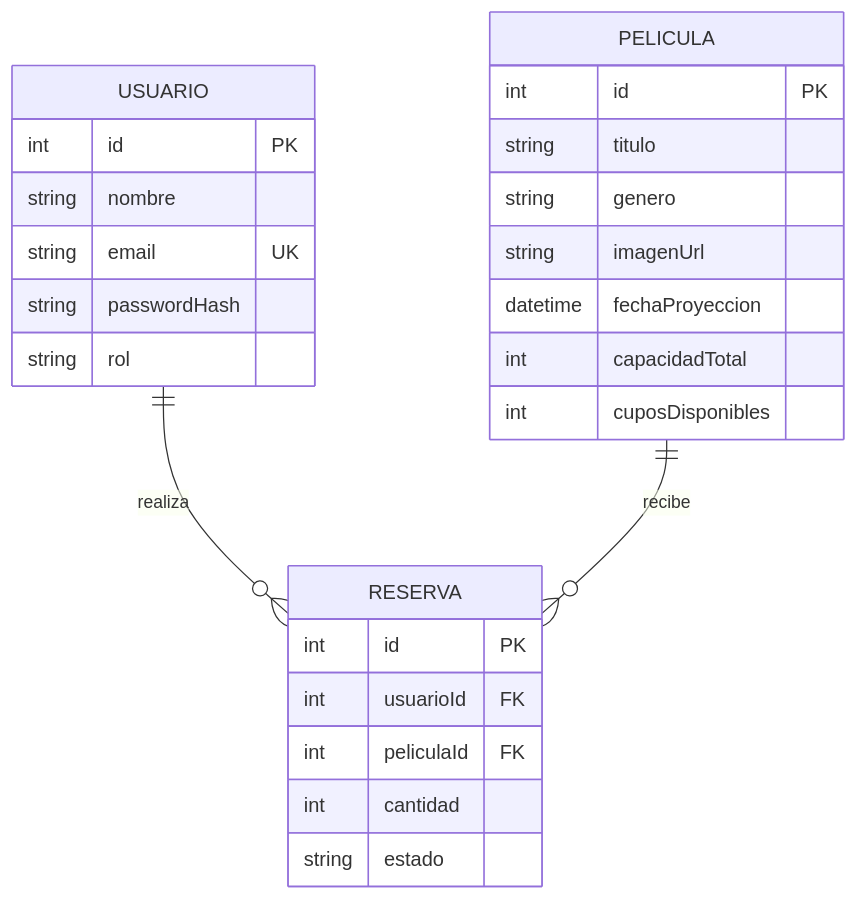
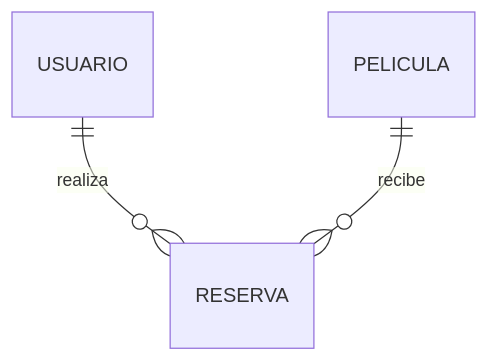
Before and after one commit to ZAVALETAFORT/TP2-2026-TP-Integrador: the first of 2 diagrams in README.md, drawn with Mermaid. The commit also changed other lines of this file, not shown here.

````diff
--- a/README.md
+++ b/README.md
@@ -42,29 +37,5 @@
 ```mermaid
 erDiagram
     USUARIO ||--o{ RESERVA : realiza
     PELICULA ||--o{ RESERVA : recibe
-
-    USUARIO {
-        int id PK
-        string nombre
-        string email UK
-        string passwordHash
-        string rol
-    }
-    PELICULA {
-        int id PK
-        string titulo
-        string genero
-        string imagenUrl
-        datetime fechaProyeccion
-        int capacidadTotal
-        int cuposDisponibles
-    }
-    RESERVA {
-        int id PK
-        int usuarioId FK
-        int peliculaId FK
-        int cantidad
-        string estado
-    }
 ```
````
